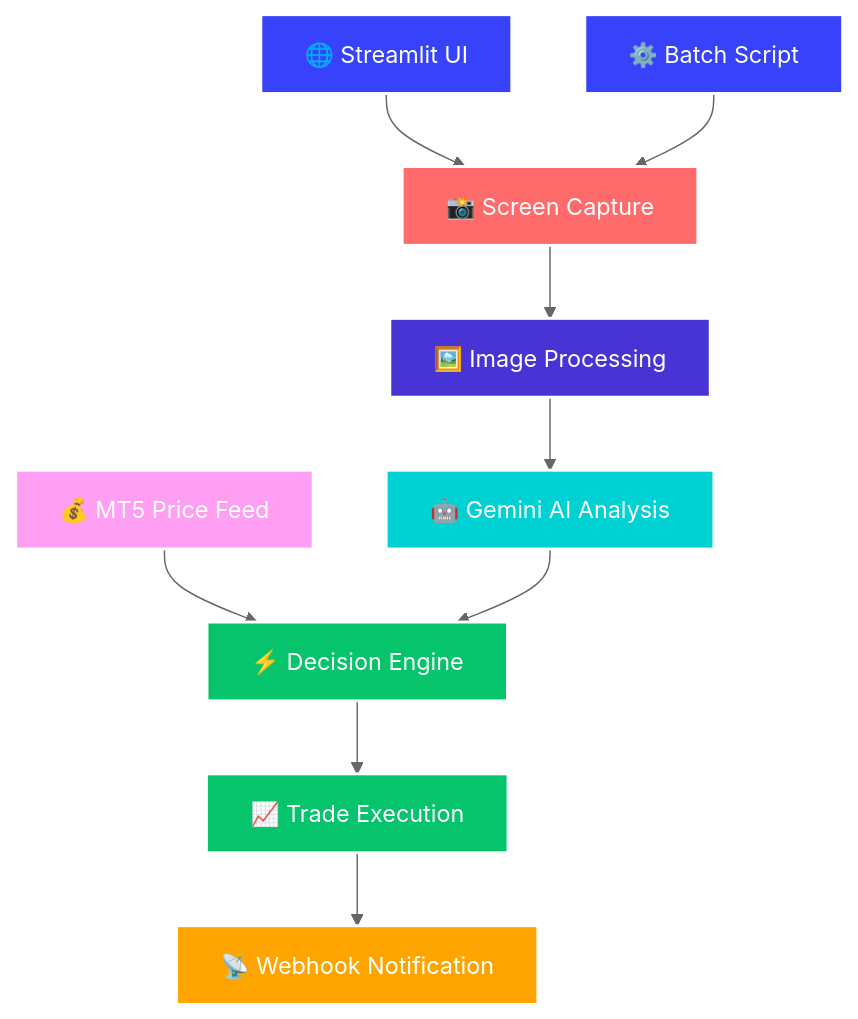
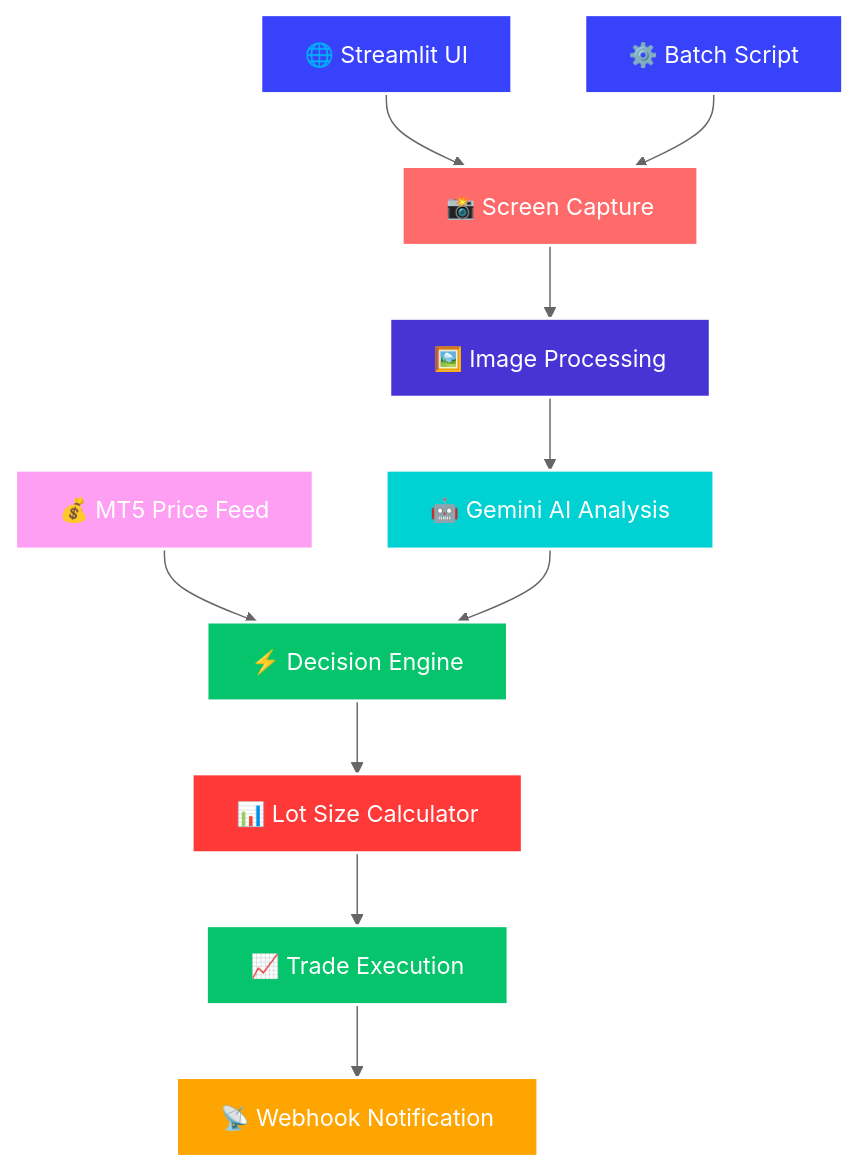
One commit to Jayfrej/1073 changed the diagram in README.md. Above: the diagram before and after it, drawn with Mermaid (neutral theme). The commit also changed other lines of this file, not shown here.

````diff
--- a/README.md
+++ b/README.md
@@ -7,35 +7,40 @@
 ```mermaid
 graph TD
     %% Input Sources
     H[🌐 Streamlit UI] --> A
     I[⚙️ Batch Script] --> A
     
     %% Main Processing Flow
     A[📸 Screen Capture] --> B[🖼️ Image Processing]
     B --> C[🤖 Gemini AI Analysis]
     
     %% Data Sources
     D[💰 MT5 Price Feed] --> E[⚡ Decision Engine]
     C --> E
     
+    %% Risk Management
+    E --> J[📊 Lot Size Calculator]
+    J --> F[📈 Trade Execution]
+    
     %% Execution & Output
-    E --> F[📈 Trade Execution]
     F --> G[📡 Webhook Notification]
     
     %% Styling
     classDef inputClass fill:#ff6b6b,stroke:#fff,stroke-width:2px,color:#fff
     classDef processClass fill:#4834d4,stroke:#fff,stroke-width:2px,color:#fff
     classDef aiClass fill:#00d2d3,stroke:#fff,stroke-width:2px,color:#fff
     classDef dataClass fill:#ff9ff3,stroke:#fff,stroke-width:2px,color:#fff
     classDef executeClass fill:#05c46b,stroke:#fff,stroke-width:2px,color:#fff
     classDef outputClass fill:#ffa502,stroke:#fff,stroke-width:2px,color:#fff
     classDef interfaceClass fill:#3742fa,stroke:#fff,stroke-width:2px,color:#fff
+    classDef riskClass fill:#ff3838,stroke:#fff,stroke-width:2px,color:#fff
     
     class H,I interfaceClass
     class A inputClass
     class B processClass
     class C aiClass
     class D dataClass
+    class J riskClass
     class E,F executeClass
     class G outputClass
 ```
````
